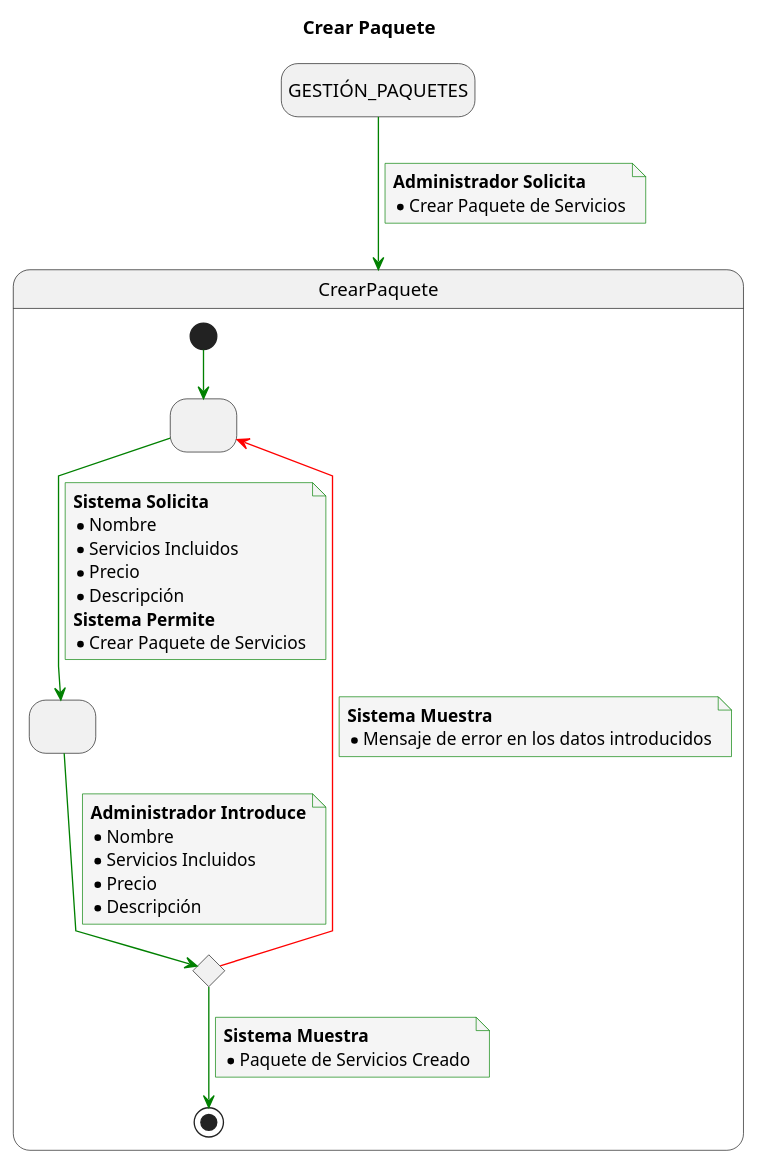
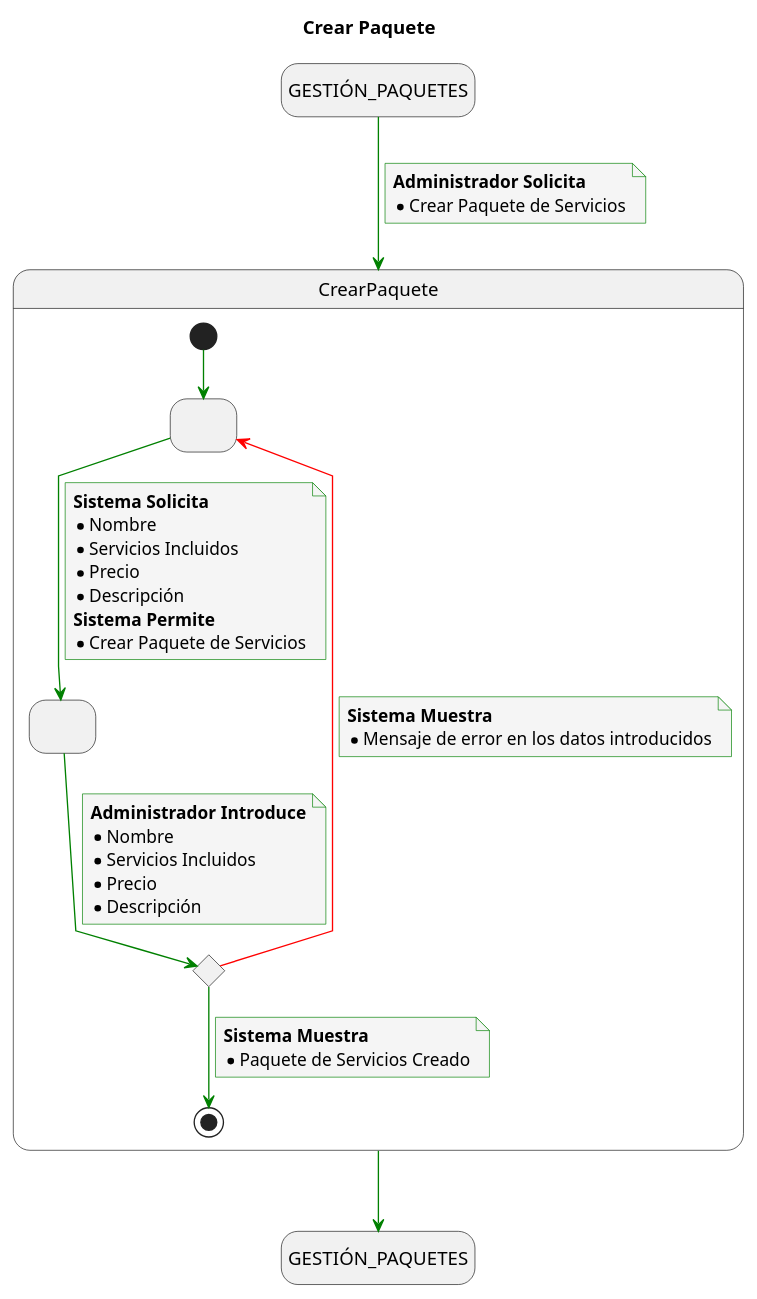
Before and after one commit to mmasias/23-24-IdSw1-SDR: the diagram in Caso_de_Uso/Casos_de_Uso/Usuarios/Administrador/CRUD_Paquetes_de_Servicios/Crear_Paquete/CrearPaquete.puml, drawn with PlantUML. The commit also changed 59 other files, not shown here.

```diff
--- a/Caso_de_Uso/Casos_de_Uso/Usuarios/Administrador/CRUD_Paquetes_de_Servicios/Crear_Paquete/CrearPaquete.puml
+++ b/Caso_de_Uso/Casos_de_Uso/Usuarios/Administrador/CRUD_Paquetes_de_Servicios/Crear_Paquete/CrearPaquete.puml
@@ -1,63 +1,66 @@
 @startuml
 
 title Crear Paquete
 
 skinparam {
     NoteBackgroundColor #whiteSmoke
     ArrowColor #green
     NoteBorderColor #green
     linetype polyline
 }
 
 hide empty description
 
 state startState as "GESTIÓN_PAQUETES"
+state endState as "GESTIÓN_PAQUETES"
 
 startState --> CrearPaquete
 note on link
     <b>Administrador Solicita</b>
     * Crear Paquete de Servicios
 end note
+
+CrearPaquete --> endState
 
 state CrearPaquete{
 state 2 as " "
 state 3 as " "
 state 4 <<choice>>
 
 [*] -down-> 2
 
 2 -down-> 3
 note on link
 <b>Sistema Solicita</b>
 * Nombre
 * Servicios Incluidos
 * Precio
 * Descripción
 <b>Sistema Permite</b>
 * Crear Paquete de Servicios
 end note
 
 3 -down-> 4
 note on link
 <b>Administrador Introduce</b>
 * Nombre
 * Servicios Incluidos
 * Precio
 * Descripción
 end note
 
 4 -down-> [*]
 note on link
 <b>Sistema Muestra</b>
 * Paquete de Servicios Creado
 end note
 
 4 -[#red]-> 2
 note on link
 <b>Sistema Muestra</b>
 * Mensaje de error en los datos introducidos
 end note
 
 }
 
 @enduml
```
